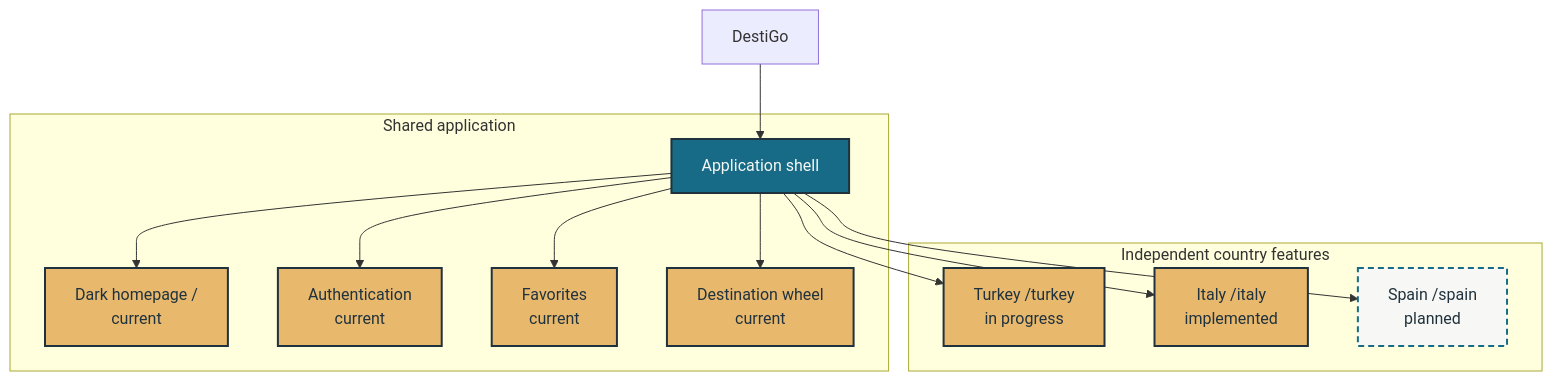
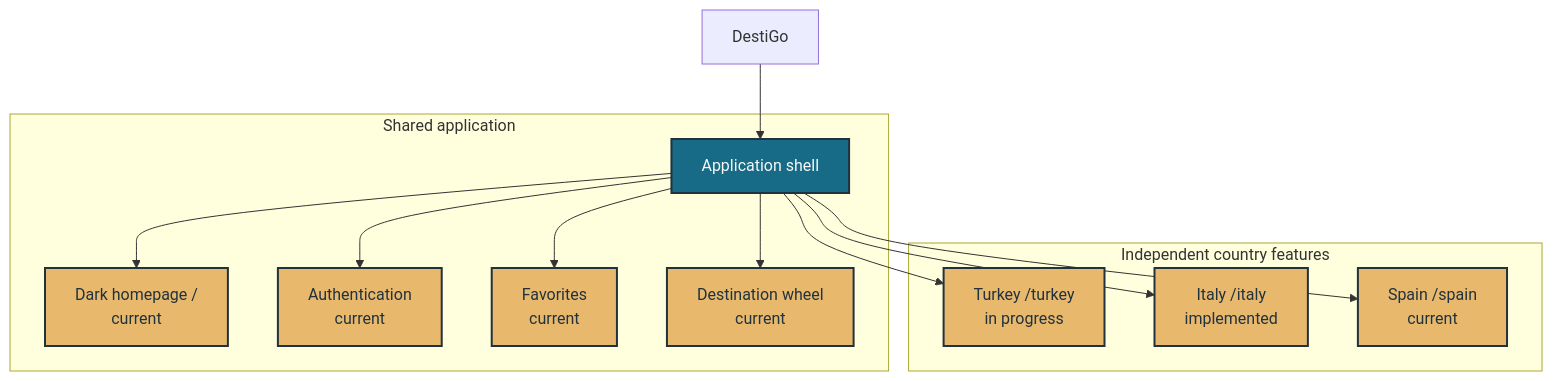
The first of 2 diagrams in README.md (ons-sup/DestiGO), drawn with Mermaid before and after one commit. The commit also changed other lines of this file and 4 other files, not shown here.

First line of the commit message:
feat: mark spain as current across all docs and UI

````diff
--- a/README.md
+++ b/README.md
@@ -62,33 +66,32 @@
 ```mermaid
 flowchart TB
   subgraph Shared["Shared application"]
     Shell["Application shell"]
     Dash["Dark homepage /<br/>current"]
     Auth["Authentication<br/>current"]
     Fav["Favorites<br/>current"]
     Wheel["Destination wheel<br/>current"]
   end
 
   subgraph Portals["Independent country features"]
     TR["Turkey /turkey<br/>in progress"]
     IT["Italy /italy<br/>implemented"]
-    ES["Spain /spain<br/>planned"]
+    ES["Spain /spain<br/>current"]
   end
 
   DG["DestiGo"] --> Shell
   Shell --> Dash
   Shell --> Auth
   Shell --> Fav
   Shell --> Wheel
   Shell --> TR
   Shell --> IT
   Shell --> ES
 
   classDef shared fill:#176B87,color:#F7F8F5,stroke:#20323D,stroke-width:2px;
   classDef country fill:#E8B86D,color:#20323D,stroke:#20323D,stroke-width:2px;
   classDef planned fill:#F7F8F5,color:#20323D,stroke:#176B87,stroke-width:2px,stroke-dasharray:6 4;
   class Shell shared;
-  class TR,IT country;
+  class TR,IT,ES country;
   class Dash,Auth,Fav,Wheel,IT country;
-  class ES planned;
 ```
````
